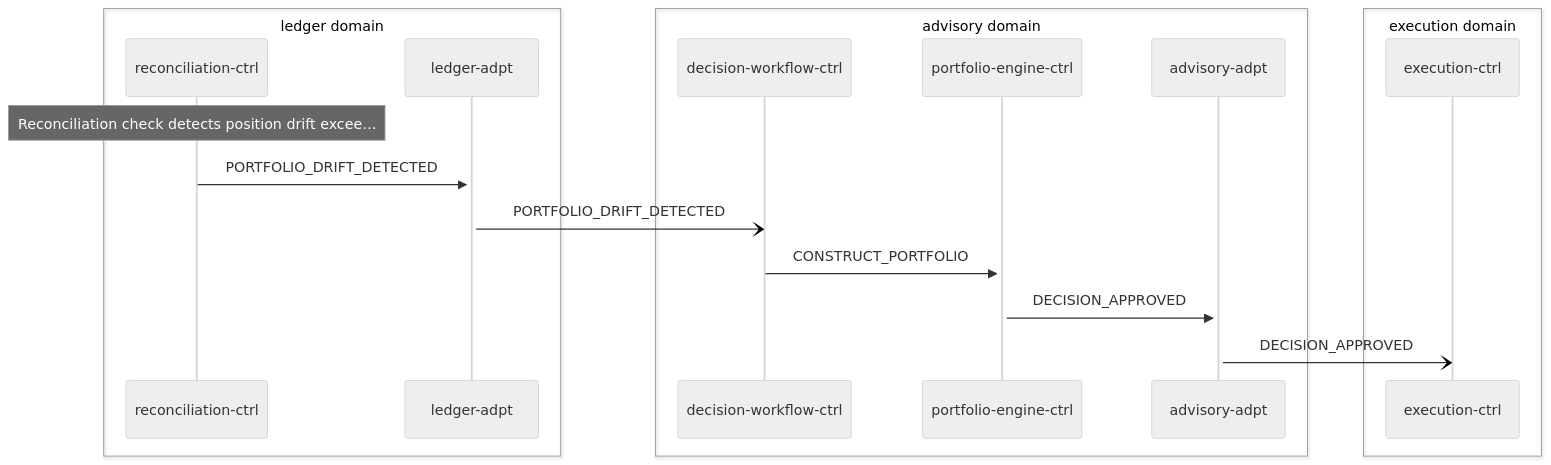
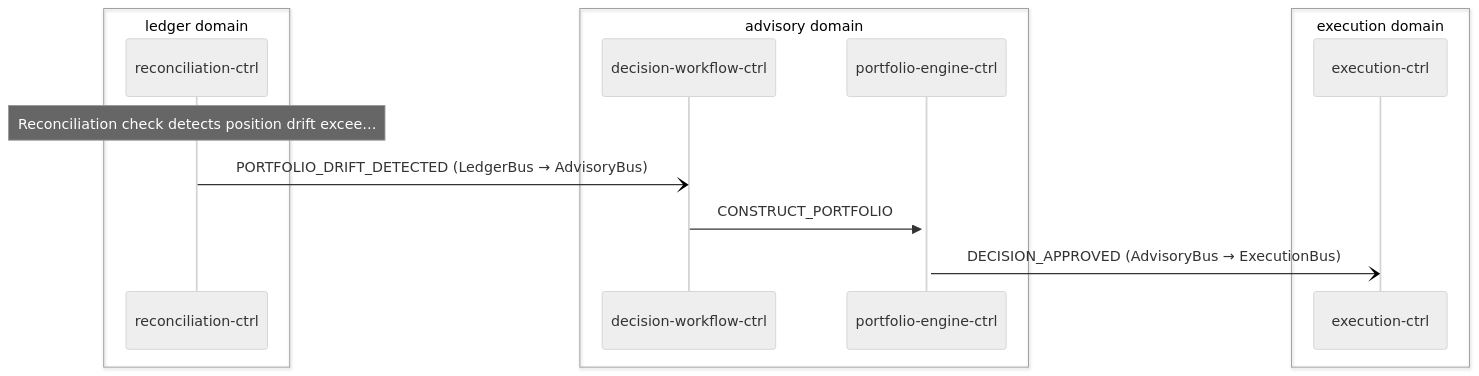
Before and after one commit to fabio-vitali/nestfolio: the second of 2 diagrams in docs/data-flows/portfolio-rebalance.md, drawn with Mermaid (neutral theme). The commit also changed other lines of this file and 19 other files, not shown here.

First line of the commit message:
docs(flows): update flow specs and schema for pull model adapter routing

````diff
--- a/docs/data-flows/portfolio-rebalance.md
+++ b/docs/data-flows/portfolio-rebalance.md
@@ -32,21 +29,17 @@
 ```mermaid
 sequenceDiagram
     box ledger domain
         participant reconciliation_ctrl as reconciliation-ctrl
-        participant ledger_adpt as ledger-adpt
     end
     box advisory domain
         participant decision_workflow_ctrl as decision-workflow-ctrl
         participant portfolio_engine_ctrl as portfolio-engine-ctrl
-        participant advisory_adpt as advisory-adpt
     end
     box execution domain
         participant execution_ctrl as execution-ctrl
     end
     Note over reconciliation_ctrl: Reconciliation check detects position drift excee…
-    reconciliation_ctrl->>+ledger_adpt: PORTFOLIO_DRIFT_DETECTED
-    ledger_adpt-)decision_workflow_ctrl: PORTFOLIO_DRIFT_DETECTED
+    reconciliation_ctrl-)decision_workflow_ctrl: PORTFOLIO_DRIFT_DETECTED (LedgerBus → AdvisoryBus)
     decision_workflow_ctrl->>+portfolio_engine_ctrl: CONSTRUCT_PORTFOLIO
-    portfolio_engine_ctrl->>+advisory_adpt: DECISION_APPROVED
-    advisory_adpt-)execution_ctrl: DECISION_APPROVED
+    portfolio_engine_ctrl-)execution_ctrl: DECISION_APPROVED (AdvisoryBus → ExecutionBus)
 ```
````
